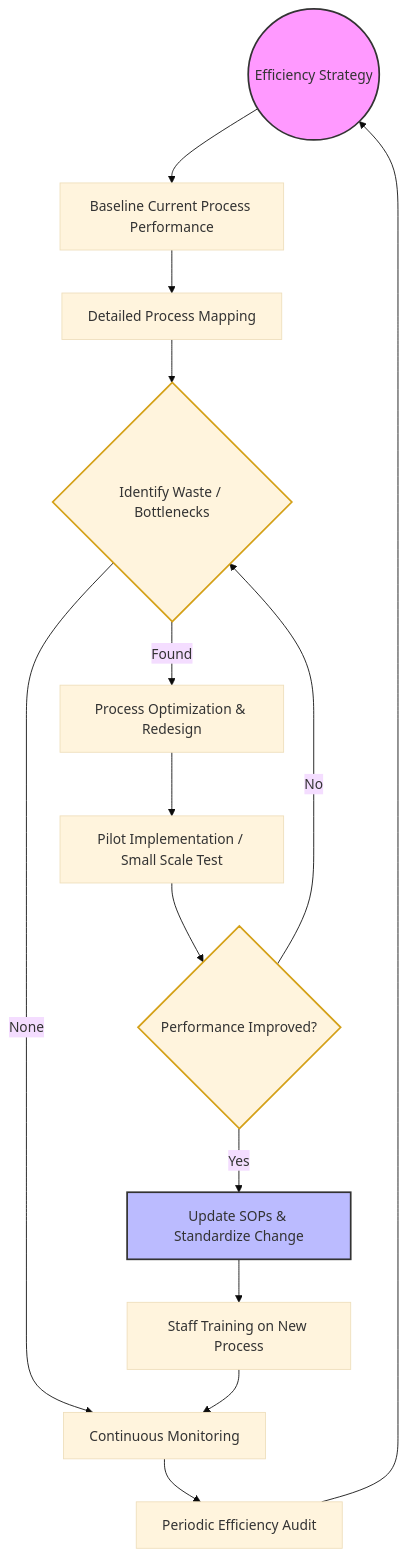
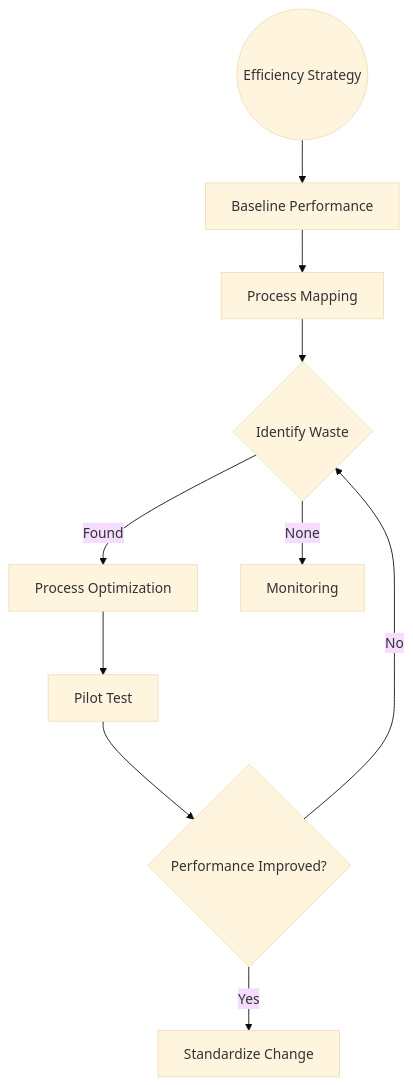
The diagram in HWB-COMPANY/HWB-QMS/HWB-QMS-4.4 Process Efficiency SOP with Flowchart.md (Humbertoed11/hwb-institutional-website), drawn with Mermaid (base theme) before and after one commit. The commit also changed other lines of this file and 236 other files, not shown here.

````diff
--- a/HWB-COMPANY/HWB-QMS/HWB-QMS-4.4 Process Efficiency SOP with Flowchart.md
+++ b/HWB-COMPANY/HWB-QMS/HWB-QMS-4.4 Process Efficiency SOP with Flowchart.md
@@ -30,35 +27,12 @@
 ```mermaid
 graph TD
-    %% Start of Process
-    Start((Efficiency Strategy)) --> Baselining[Baseline Current Process Performance]
-    
-    %% Analysis Phase
-    Baselining --> Mapping[Detailed Process Mapping]
-    Mapping --> Analysis{Identify Waste / Bottlenecks}
-    
-    %% Improvement Phase
-    Analysis -- Found --> Redesign[Process Optimization & Redesign]
-    Analysis -- None --> Monitoring[Continuous Monitoring]
-    
-    Redesign --> Pilot[Pilot Implementation / Small Scale Test]
-    
-    %% Evaluation Phase
+    Start((Efficiency Strategy)) --> Baselining[Baseline Performance]
+    Baselining --> Mapping[Process Mapping]
+    Mapping --> Analysis{Identify Waste}
+    Analysis -- Found --> Redesign[Process Optimization]
+    Analysis -- None --> Monitoring[Monitoring]
+    Redesign --> Pilot[Pilot Test]
     Pilot --> Evaluation{Performance Improved?}
-    
     Evaluation -- No --> Analysis
-    Evaluation -- Yes --> Standardization[Update SOPs & Standardize Change]
-    
-    %% Sustainability Phase
-    Standardization --> Training[Staff Training on New Process]
-    Training --> Monitoring
-    
-    %% Cyclical Review
-    Monitoring --> Review[Periodic Efficiency Audit]
-    Review --> Start
-
-    %% Styling
-    style Start fill:#f9f,stroke:#333,stroke-width:2px
-    style Analysis fill:#fff4dd,stroke:#d4a017,stroke-width:2px
-    style Evaluation fill:#fff4dd,stroke:#d4a017,stroke-width:2px
-    style Standardization fill:#bbf,stroke:#333,stroke-width:2px
+    Evaluation -- Yes --> Standardization[Standardize Change]
 ```
````
